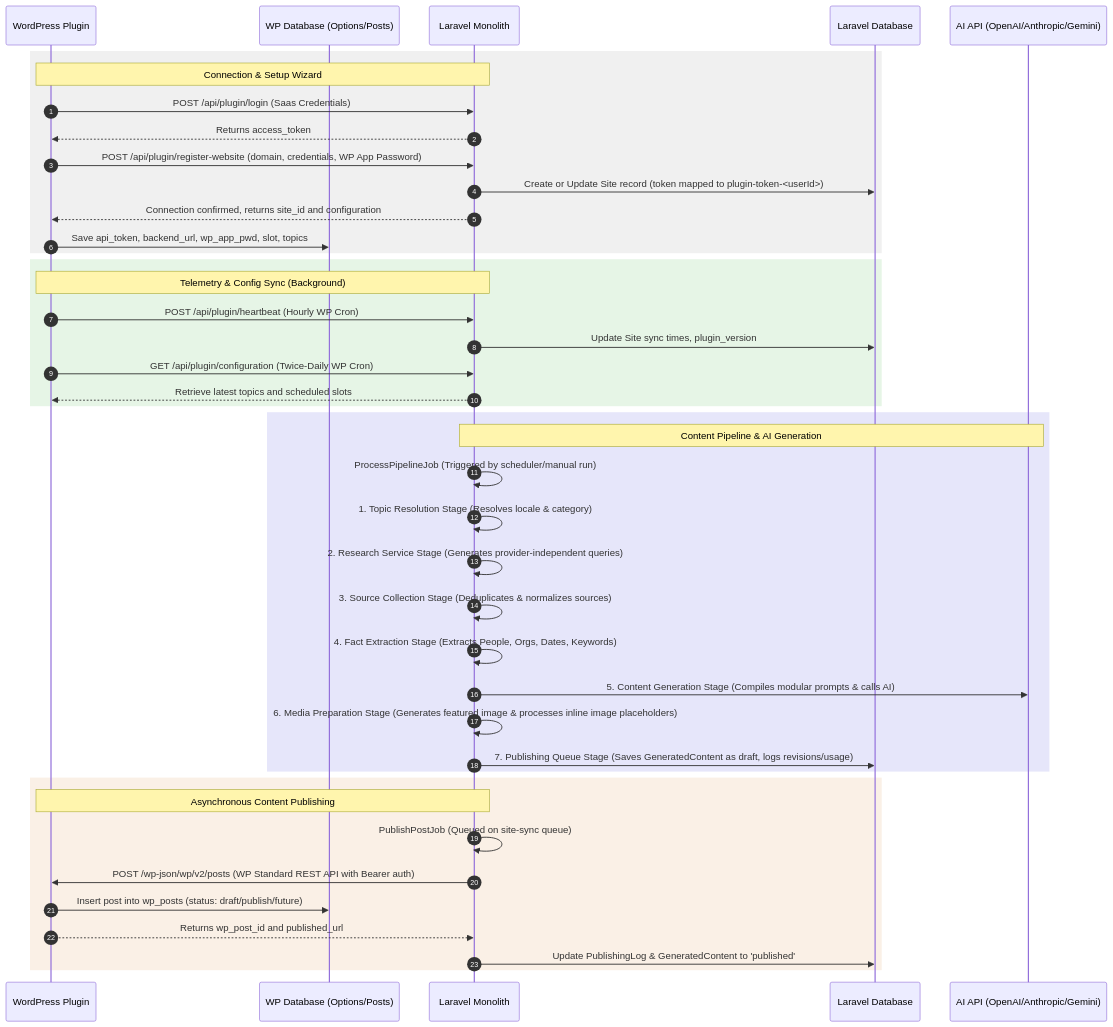
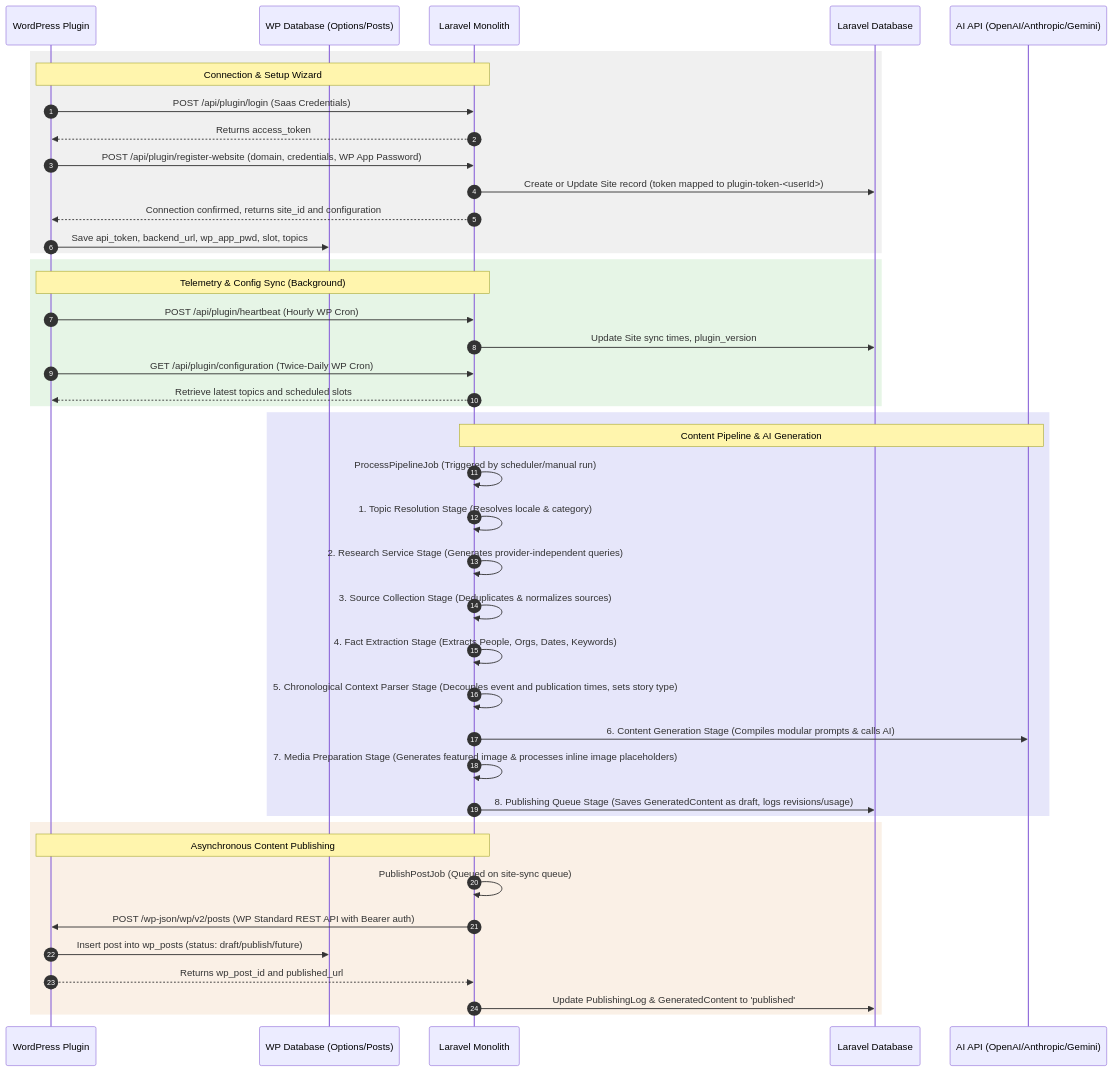
The first of 3 diagrams in .ai/ARCHITECTURE.md (BhupendraWatti/NewBlogAI), drawn with Mermaid before and after one commit. The commit also changed other lines of this file and 24 other files, not shown here.

````diff
--- a/.ai/ARCHITECTURE.md
+++ b/.ai/ARCHITECTURE.md
@@ -11,52 +11,53 @@
 ```mermaid
 sequenceDiagram
     autonumber
     participant WP as WordPress Plugin
     participant DB_WP as WP Database (Options/Posts)
     participant L as Laravel Monolith
     participant DB_L as Laravel Database
     participant AI as AI API (OpenAI/Anthropic/Gemini)
 
     %% Setup & Connection
     rect rgb(240, 240, 240)
     Note over WP, L: Connection & Setup Wizard
     WP->>L: POST /api/plugin/login (Saas Credentials)
     L-->>WP: Returns access_token
     WP->>L: POST /api/plugin/register-website (domain, credentials, WP App Password)
     L->>DB_L: Create or Update Site record (token mapped to plugin-token-<userId>)
     L-->>WP: Connection confirmed, returns site_id and configuration
     WP->>DB_WP: Save api_token, backend_url, wp_app_pwd, slot, topics
     end
 
     %% Cron Sync & Telemetry
     rect rgb(230, 245, 230)
     Note over WP, L: Telemetry & Config Sync (Background)
     WP->>L: POST /api/plugin/heartbeat (Hourly WP Cron)
     L->>DB_L: Update Site sync times, plugin_version
     WP->>L: GET /api/plugin/configuration (Twice-Daily WP Cron)
     L-->>WP: Retrieve latest topics and scheduled slots
     end
 
     %% Content Pipeline Generation
     rect rgb(230, 230, 250)
     Note over L, AI: Content Pipeline & AI Generation
     L->>L: ProcessPipelineJob (Triggered by scheduler/manual run)
     L->>L: 1. Topic Resolution Stage (Resolves locale & category)
     L->>L: 2. Research Service Stage (Generates provider-independent queries)
     L->>L: 3. Source Collection Stage (Deduplicates & normalizes sources)
     L->>L: 4. Fact Extraction Stage (Extracts People, Orgs, Dates, Keywords)
-    L->>AI: 5. Content Generation Stage (Compiles modular prompts & calls AI)
-    L->>L: 6. Media Preparation Stage (Generates featured image & processes inline image placeholders)
-    L->>DB_L: 7. Publishing Queue Stage (Saves GeneratedContent as draft, logs revisions/usage)
+    L->>L: 5. Chronological Context Parser Stage (Decouples event and publication times, sets story type)
+    L->>AI: 6. Content Generation Stage (Compiles modular prompts & calls AI)
+    L->>L: 7. Media Preparation Stage (Generates featured image & processes inline image placeholders)
+    L->>DB_L: 8. Publishing Queue Stage (Saves GeneratedContent as draft, logs revisions/usage)
     end
 
     %% Post Publishing
     rect rgb(250, 240, 230)
     Note over L, WP: Asynchronous Content Publishing
     L->>L: PublishPostJob (Queued on site-sync queue)
     L->>WP: POST /wp-json/wp/v2/posts (WP Standard REST API with Bearer auth)
     WP->>DB_WP: Insert post into wp_posts (status: draft/publish/future)
     WP-->>L: Returns wp_post_id and published_url
     L->>DB_L: Update PublishingLog & GeneratedContent to 'published'
     end
 ```
````
